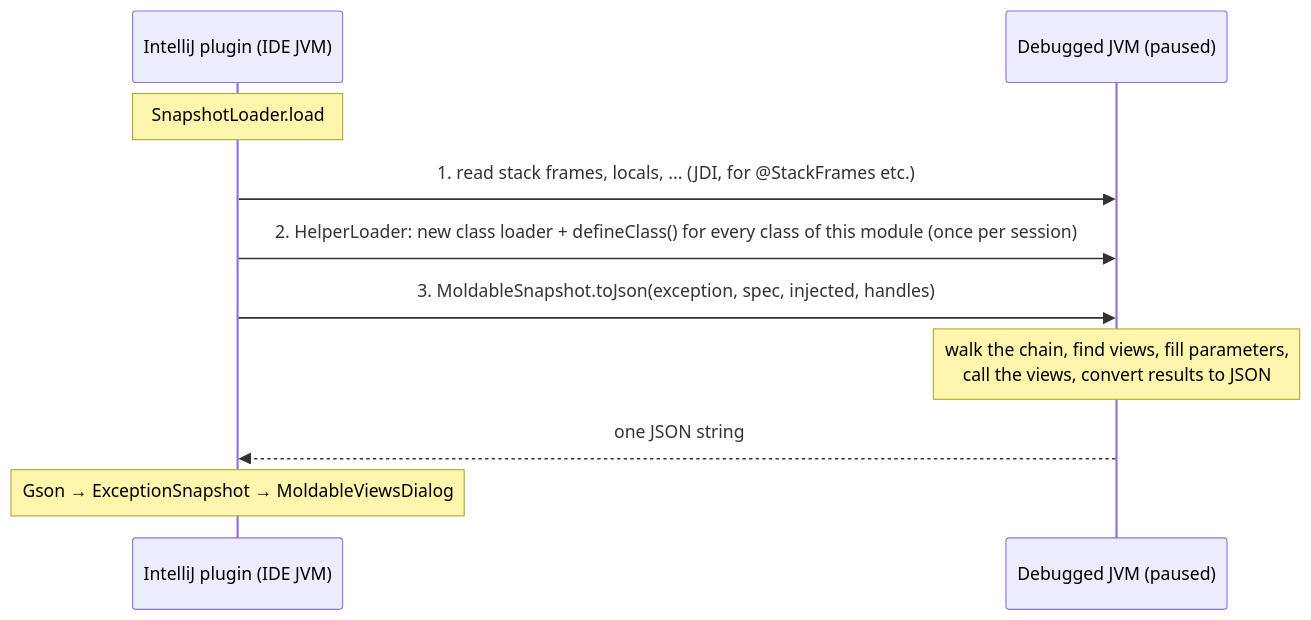
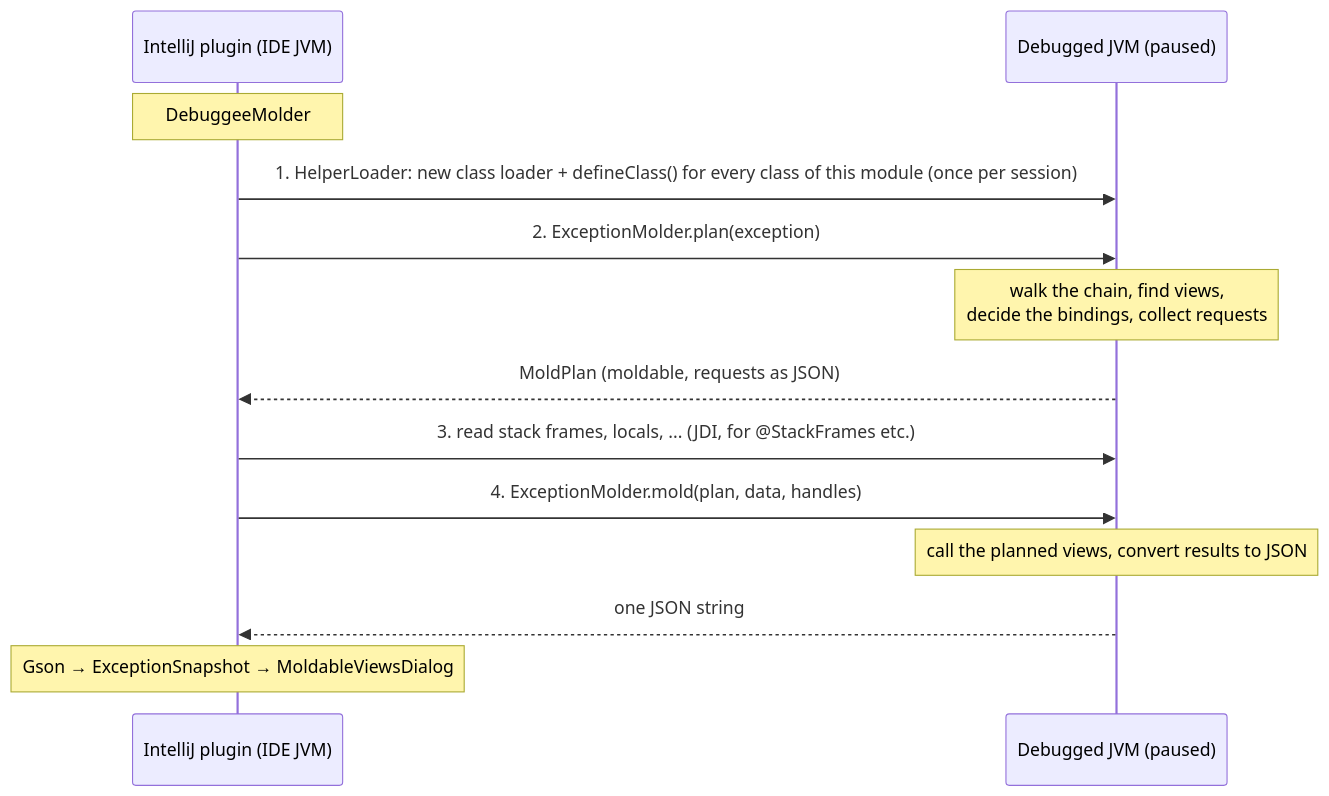
Before and after one commit to mormeli/MoldableExceptionsJava: the diagram in moldable-snapshot-rt/README.md, drawn with Mermaid. The commit also changed other lines of this file and 93 other files, not shown here.

````diff
--- a/moldable-snapshot-rt/README.md
+++ b/moldable-snapshot-rt/README.md
@@ -24,12 +26,15 @@
 ```mermaid
 sequenceDiagram
     participant P as IntelliJ plugin (IDE JVM)
     participant D as Debugged JVM (paused)
-    Note over P: SnapshotLoader.load
-    P->>D: 1. read stack frames, locals, ... (JDI, for @StackFrames etc.)
-    P->>D: 2. HelperLoader: new class loader + defineClass() for every class of this module (once per session)
-    P->>D: 3. MoldableSnapshot.toJson(exception, spec, injected, handles)
-    Note over D: walk the chain, find views, fill parameters,<br/>call the views, convert results to JSON
+    Note over P: DebuggeeMolder
+    P->>D: 1. HelperLoader: new class loader + defineClass() for every class of this module (once per session)
+    P->>D: 2. ExceptionMolder.plan(exception)
+    Note over D: walk the chain, find views,<br/>decide the bindings, collect requests
+    D-->>P: MoldPlan (moldable, requests as JSON)
+    P->>D: 3. read stack frames, locals, ... (JDI, for @StackFrames etc.)
+    P->>D: 4. ExceptionMolder.mold(plan, data, handles)
+    Note over D: call the planned views, convert results to JSON
     D-->>P: one JSON string
     Note over P: Gson → ExceptionSnapshot → MoldableViewsDialog
 ```
````
